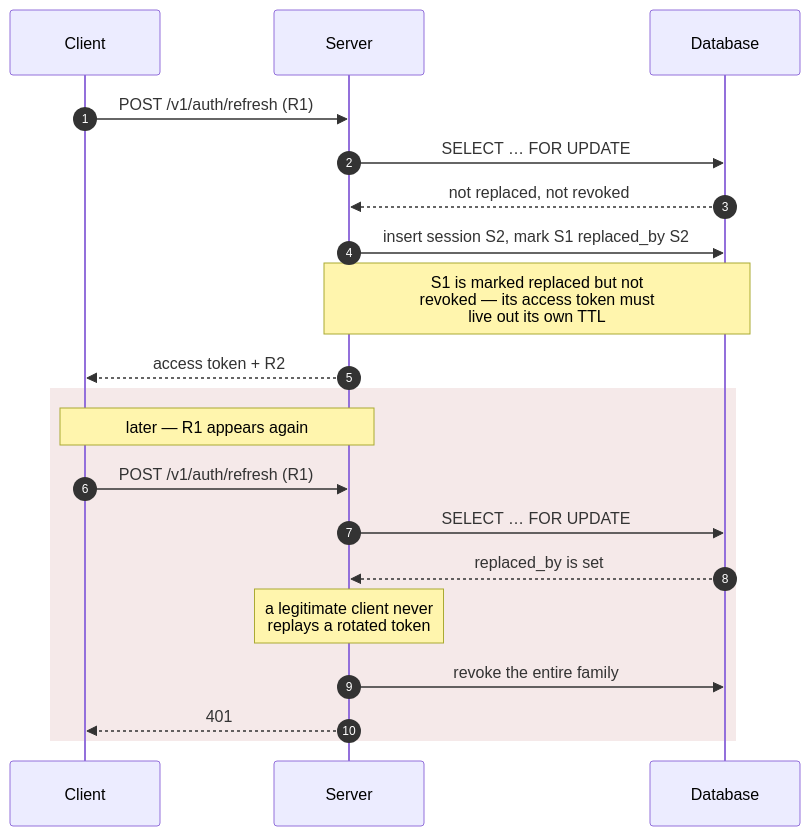
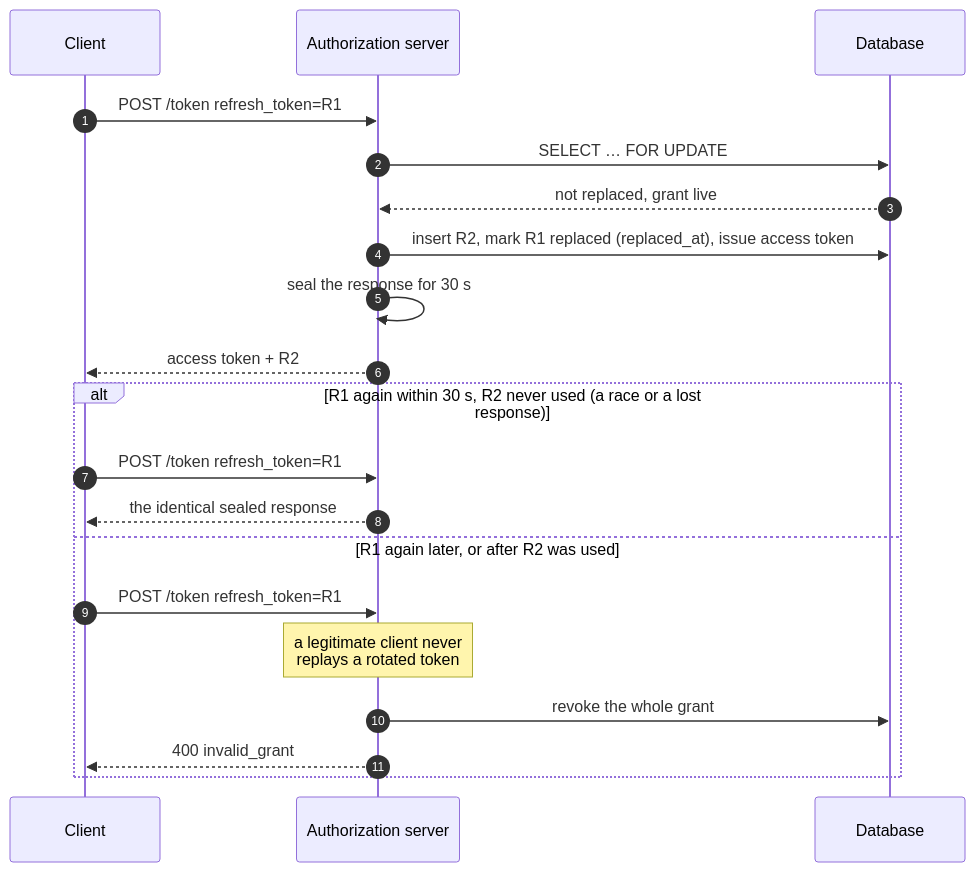
One commit to ksypinro/MCP-UI changed the sixth of 8 diagrams in docs/sequence-diagrams.md. Above: the diagram before and after it, drawn with Mermaid. The commit also changed other lines of this file and 182 other files, not shown here.

````diff
--- a/docs/sequence-diagrams.md
+++ b/docs/sequence-diagrams.md
@@ -214,24 +215,24 @@
 ```mermaid
 sequenceDiagram
     autonumber
     participant C as Client
-    participant S as Server
+    participant S as Authorization server
     participant DB as Database
 
-    C->>S: POST /v1/auth/refresh (R1)
+    C->>S: POST /token refresh_token=R1
     S->>DB: SELECT … FOR UPDATE
-    DB-->>S: not replaced, not revoked
-    S->>DB: insert session S2, mark S1 replaced_by S2
-    Note over S,DB: S1 is marked replaced but not<br/>revoked — its access token must<br/>live out its own TTL
+    DB-->>S: not replaced, grant live
+    S->>DB: insert R2, mark R1 replaced (replaced_at), issue access token
+    S->>S: seal the response for 30 s
     S-->>C: access token + R2
 
-    rect rgba(160, 40, 40, 0.10)
-    Note over C,S: later — R1 appears again
-    C->>S: POST /v1/auth/refresh (R1)
-    S->>DB: SELECT … FOR UPDATE
-    DB-->>S: replaced_by is set
-    Note over S: a legitimate client never<br/>replays a rotated token
-    S->>DB: revoke the entire family
-    S-->>C: 401
+    alt R1 again within 30 s, R2 never used (a race or a lost response)
+        C->>S: POST /token refresh_token=R1
+        S-->>C: the identical sealed response
+    else R1 again later, or after R2 was used
+        C->>S: POST /token refresh_token=R1
+        Note over S: a legitimate client never<br/>replays a rotated token
+        S->>DB: revoke the whole grant
+        S-->>C: 400 invalid_grant
     end
 ```
````
